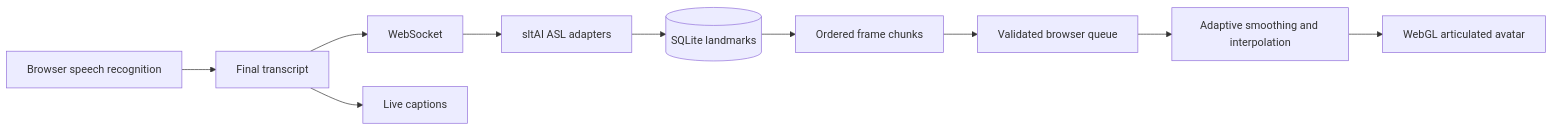
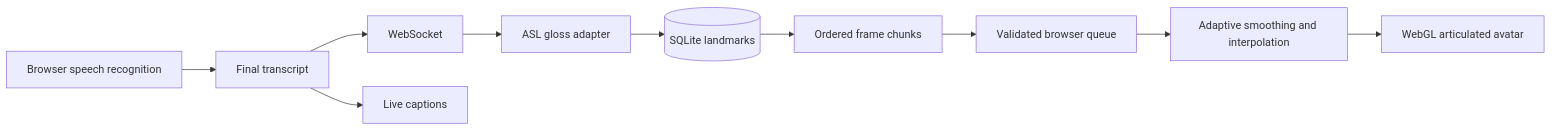
One commit to Shivang23566/VTS-live changed the diagram in ANIMATION_ARCHITECTURE.md. Above: the diagram before and after it, drawn with Mermaid. The commit also changed other lines of this file and 9 other files, not shown here.

````diff
--- a/ANIMATION_ARCHITECTURE.md
+++ b/ANIMATION_ARCHITECTURE.md
@@ -41,12 +37,12 @@
 ```mermaid
 flowchart LR
     Speech[Browser speech recognition] --> Text[Final transcript]
     Text --> WS[WebSocket]
-    WS --> Gloss[sltAI ASL adapters]
+    WS --> Gloss[ASL gloss adapter]
     Gloss --> DB[(SQLite landmarks)]
     DB --> Chunks[Ordered frame chunks]
     Chunks --> Queue[Validated browser queue]
     Queue --> Smooth[Adaptive smoothing and interpolation]
     Smooth --> Avatar[WebGL articulated avatar]
     Text --> Captions[Live captions]
 ```
````
